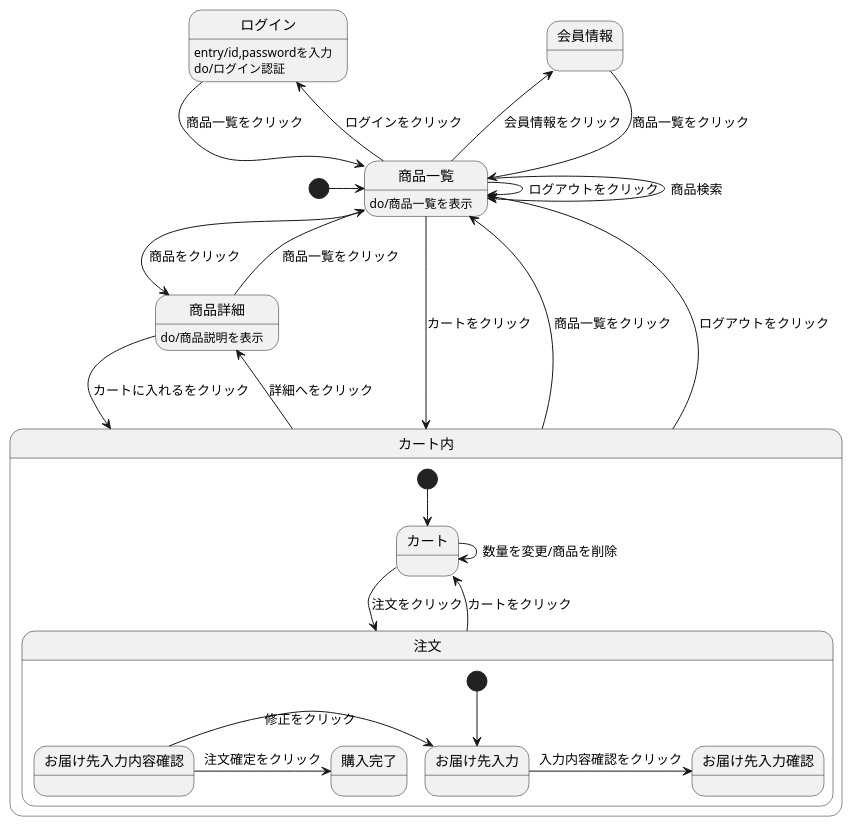
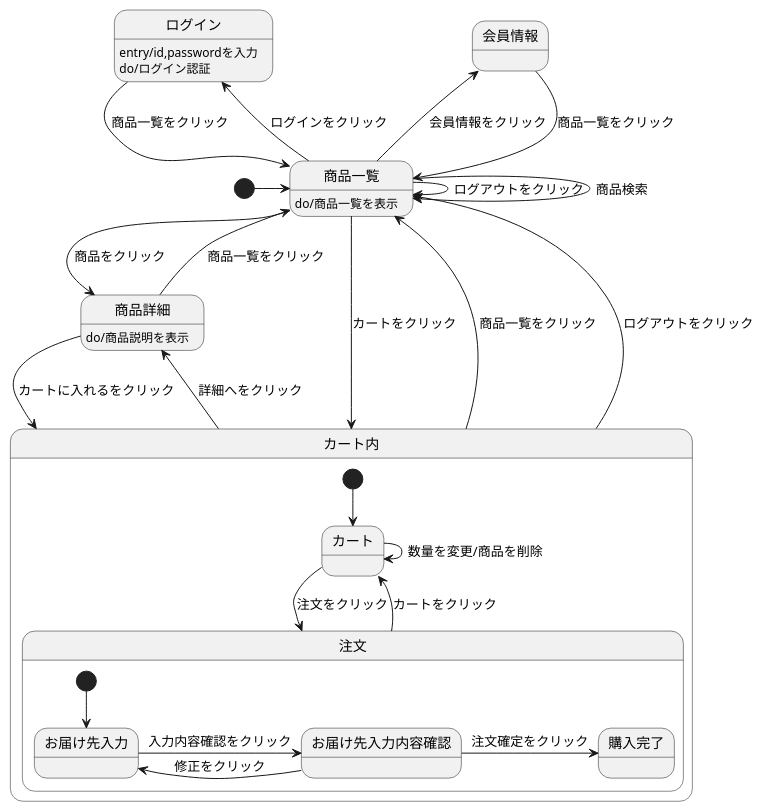
The diagram in stm01.md (Aso2001160/2021sys-design), drawn with PlantUML before and after one commit.

````diff
--- a/stm01.md
+++ b/stm01.md
@@ -1,35 +1,35 @@
 ```uml
 @startuml
 [*] -> 商品一覧
 会員情報-->商品一覧 :商品一覧をクリック
 ログイン-->商品一覧 :商品一覧をクリック
 ログイン:entry/id,passwordを入力
 ログイン:do/ログイン認証
 商品一覧 --> 商品一覧 :ログアウトをクリック
 商品一覧-->商品一覧 :商品検索
 商品一覧->商品詳細 :商品をクリック
 商品一覧 -left-> 会員情報 :会員情報をクリック
 商品一覧 -up-> ログイン :ログインをクリック
 商品一覧 -->カート内 :カートをクリック
 商品一覧:do/商品一覧を表示
 商品詳細-->カート内 :カートに入れるをクリック
 商品詳細-->商品一覧 :商品一覧をクリック
 商品詳細:do/商品説明を表示
 カート内 -up-> 商品一覧 :商品一覧をクリック
 カート内 -up-> 商品一覧 :ログアウトをクリック
 カート内->商品詳細 :詳細へをクリック
 
 state カート内{
 [*]-->カート
 カート->注文 :注文をクリック
 カート->カート :数量を変更/商品を削除
 注文-->カート :カートをクリック
   state 注文{
   [*]-->お届け先入力
-  お届け先入力->お届け先入力確認 :入力内容確認をクリック
+  お届け先入力->お届け先入力内容確認 :入力内容確認をクリック
   お届け先入力内容確認->お届け先入力 :修正をクリック
   お届け先入力内容確認->購入完了 :注文確定をクリック
   }
 }
 @enduml
 ```
````
